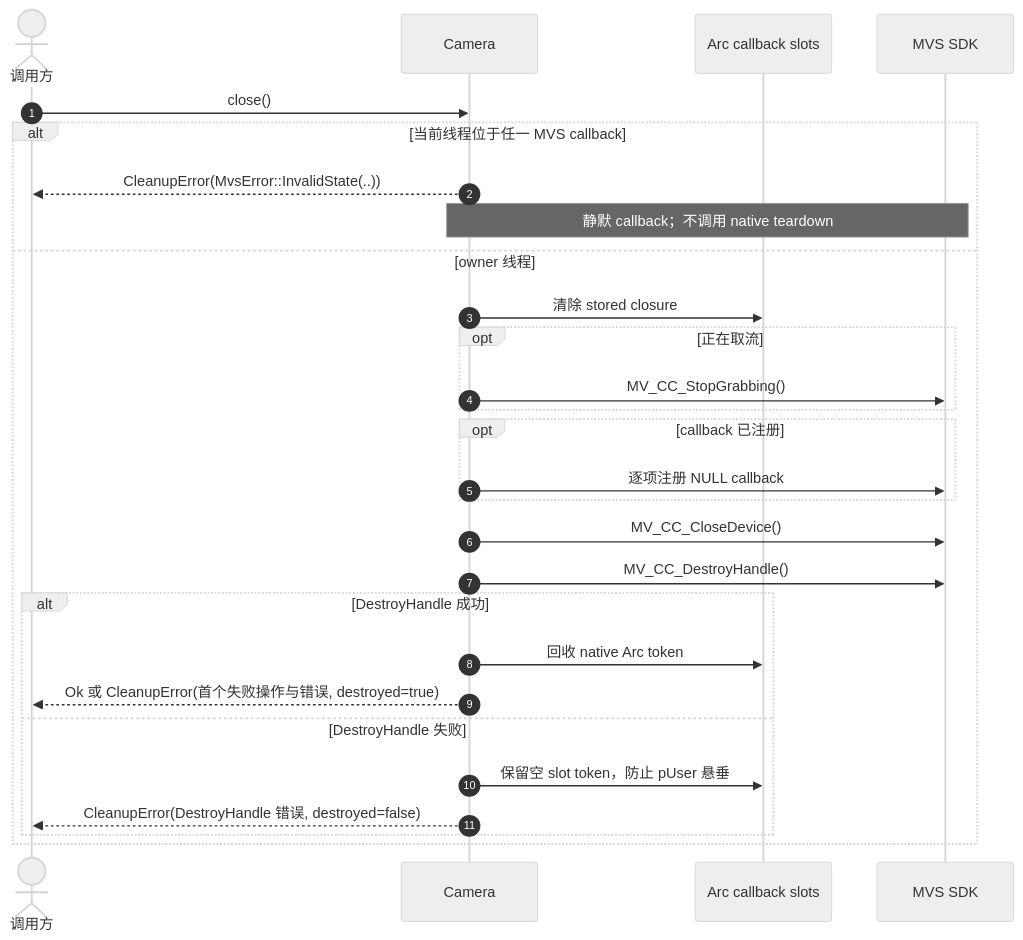
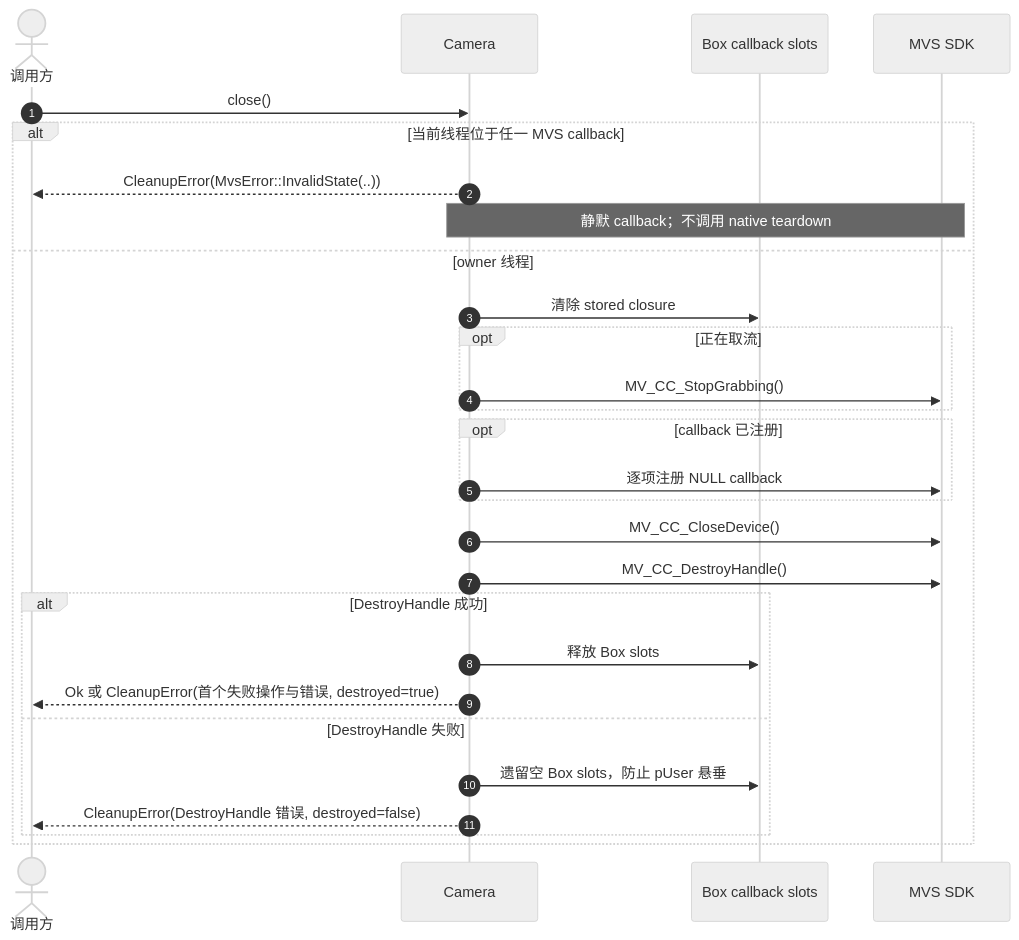
One commit to JSB-Unscarred/mvs-sdk-rs changed the diagram in 时序图/Camera显式关闭与Drop兜底.md. Above: the diagram before and after it, drawn with Mermaid (neutral theme). The commit also changed 12 other files, not shown here.

````diff
--- a/时序图/Camera显式关闭与Drop兜底.md
+++ b/时序图/Camera显式关闭与Drop兜底.md
@@ -3,31 +3,31 @@
 ```mermaid
 sequenceDiagram
     autonumber
     actor Caller as 调用方
     participant Camera as Camera
-    participant Slots as Arc callback slots
+    participant Slots as Box callback slots
     participant Native as MVS SDK
 
     Caller->>Camera: close()
     alt 当前线程位于任一 MVS callback
         Camera-->>Caller: CleanupError(MvsError::InvalidState(..))
         Note over Camera,Native: 静默 callback；不调用 native teardown
     else owner 线程
         Camera->>Slots: 清除 stored closure
         opt 正在取流
             Camera->>Native: MV_CC_StopGrabbing()
         end
         opt callback 已注册
             Camera->>Native: 逐项注册 NULL callback
         end
         Camera->>Native: MV_CC_CloseDevice()
         Camera->>Native: MV_CC_DestroyHandle()
         alt DestroyHandle 成功
-            Camera->>Slots: 回收 native Arc token
+            Camera->>Slots: 释放 Box slots
             Camera-->>Caller: Ok 或 CleanupError(首个失败操作与错误, destroyed=true)
         else DestroyHandle 失败
-            Camera->>Slots: 保留空 slot token，防止 pUser 悬垂
+            Camera->>Slots: 遗留空 Box slots，防止 pUser 悬垂
             Camera-->>Caller: CleanupError(DestroyHandle 错误, destroyed=false)
         end
     end
 ```
````
